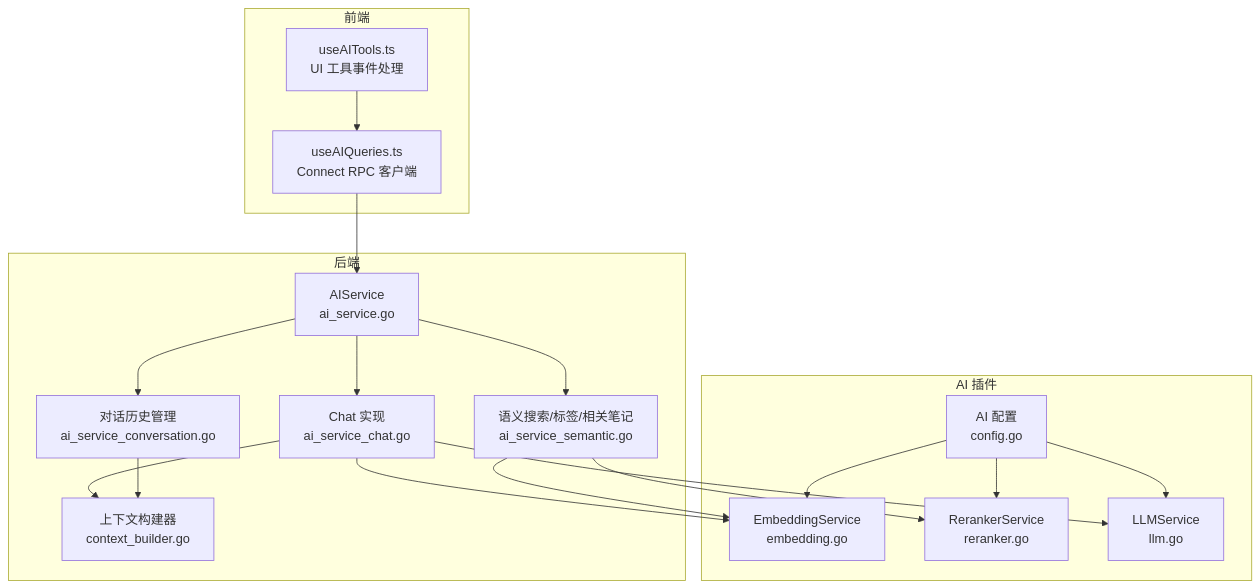
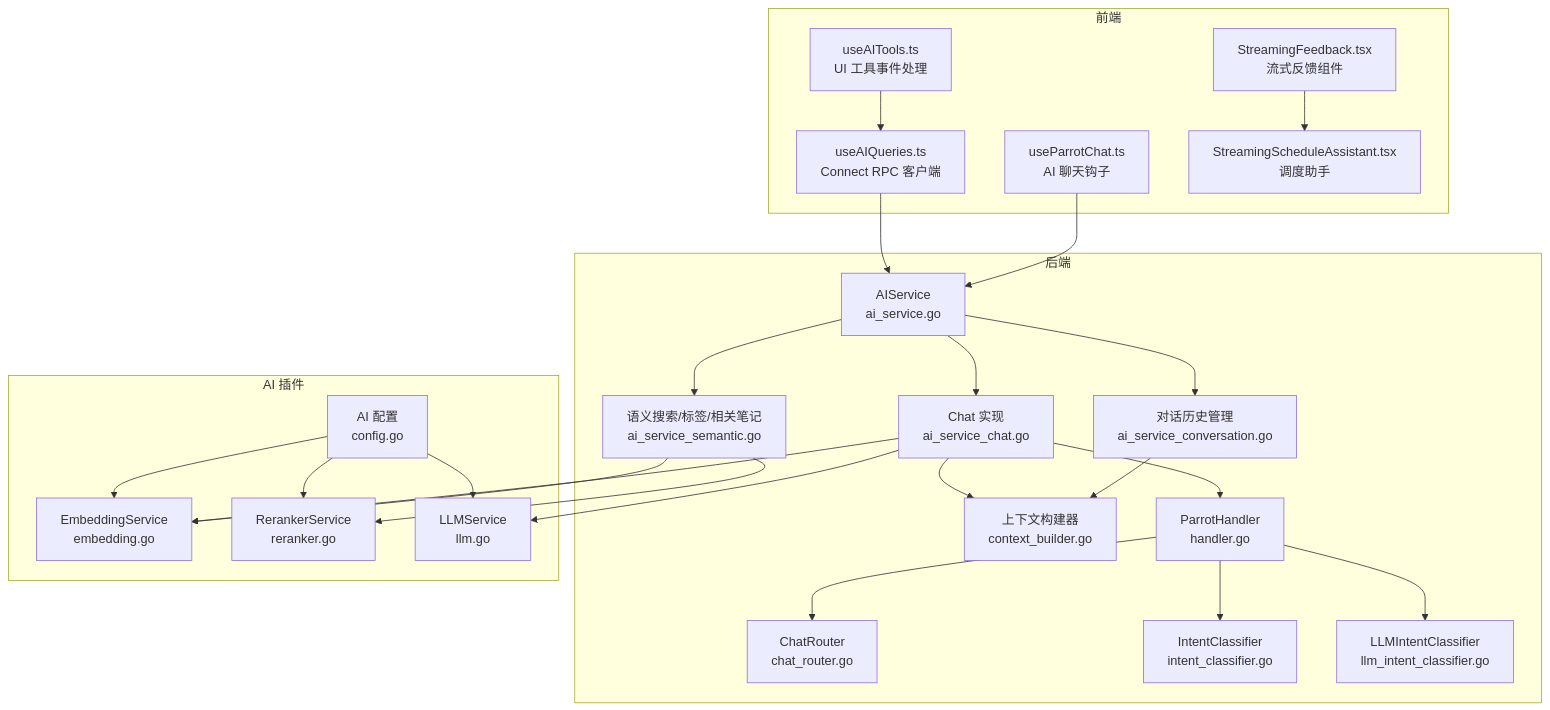
The first of 9 diagrams in .qoder/repowiki/zh/content/API 接口文档/服务接口规范/AI 服务 API/AI 服务 API.md (hrygo/memos), drawn with Mermaid before and after one commit. The commit also changed other lines of this file and 29 other files, not shown here.

````diff
--- a/.qoder/repowiki/zh/content/API 接口文档/服务接口规范/AI 服务 API/AI 服务 API.md
+++ b/.qoder/repowiki/zh/content/API 接口文档/服务接口规范/AI 服务 API/AI 服务 API.md
@@ -53,34 +76,47 @@
 ```mermaid
 graph TB
 subgraph "前端"
 FE1["useAIQueries.ts<br/>Connect RPC 客户端"]
 FE2["useAITools.ts<br/>UI 工具事件处理"]
+FE3["useParrotChat.ts<br/>AI 聊天钩子"]
+SF["StreamingFeedback.tsx<br/>流式反馈组件"]
+SSA["StreamingScheduleAssistant.tsx<br/>调度助手"]
 end
 subgraph "后端"
 SVC["AIService<br/>ai_service.go"]
 CHAT["Chat 实现<br/>ai_service_chat.go"]
 SEM["语义搜索/标签/相关笔记<br/>ai_service_semantic.go"]
 CONV["对话历史管理<br/>ai_service_conversation.go"]
 CTX["上下文构建器<br/>context_builder.go"]
+PH["ParrotHandler<br/>handler.go"]
+CR["ChatRouter<br/>chat_router.go"]
+IC["IntentClassifier<br/>intent_classifier.go"]
+LIC["LLMIntentClassifier<br/>llm_intent_classifier.go"]
 end
 subgraph "AI 插件"
 EMB["EmbeddingService<br/>embedding.go"]
 RER["RerankerService<br/>reranker.go"]
 LLM["LLMService<br/>llm.go"]
 CFG["AI 配置<br/>config.go"]
 end
 FE1 --> SVC
 FE2 --> FE1
+FE3 --> SVC
 SVC --> CHAT
 SVC --> SEM
 SVC --> CONV
+CHAT --> PH
+PH --> CR
+PH --> IC
+PH --> LIC
 CHAT --> CTX
 CHAT --> EMB
 CHAT --> LLM
 SEM --> EMB
 SEM --> RER
 CONV --> CTX
 CFG --> EMB
 CFG --> RER
 CFG --> LLM
+SF --> SSA
 ```
````
